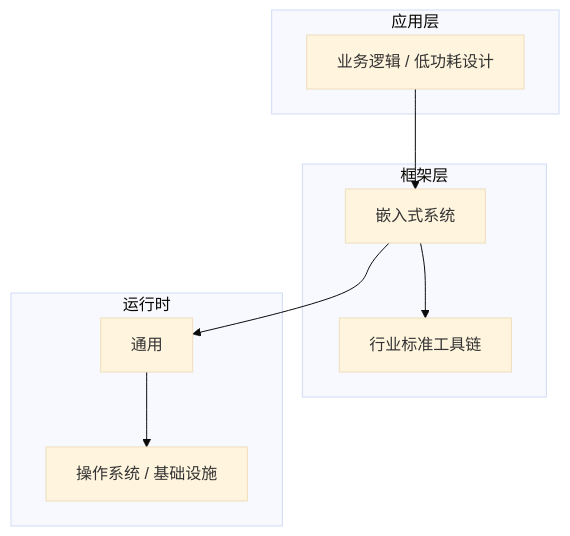
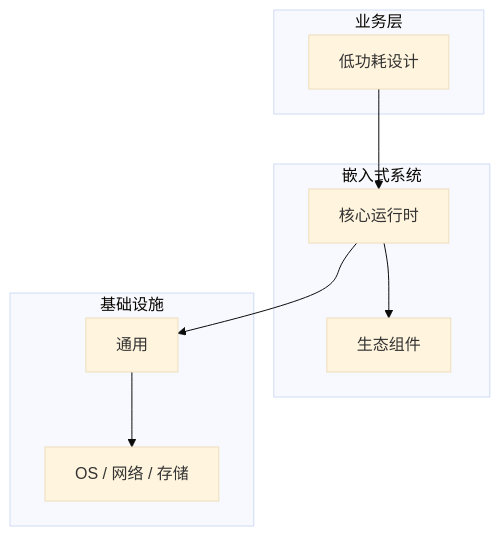
One commit to yanggan2015/knowledge-json-v2 changed the diagram in articles/嵌入式系统/chapters/071-低功耗设计核心概念与原理.md. Above: the diagram before and after it, drawn with Mermaid (base theme). The commit also changed other lines of this file and 10127 other files, not shown here.

````diff
--- a/articles/嵌入式系统/chapters/071-低功耗设计核心概念与原理.md
+++ b/articles/嵌入式系统/chapters/071-低功耗设计核心概念与原理.md
@@ -45,18 +34,18 @@
 ```mermaid
 graph TB
-    subgraph 应用层
-        A[业务逻辑 / 低功耗设计]
+    subgraph 业务层
+        A[低功耗设计]
     end
-    subgraph 框架层
-        B[嵌入式系统]
-        C[行业标准工具链]
+    subgraph 嵌入式系统
+        B[核心运行时]
+        C[生态组件]
     end
-    subgraph 运行时
+    subgraph 基础设施
         D[通用]
-        E[操作系统 / 基础设施]
+        E[OS / 网络 / 存储]
     end
     A --> B
     B --> C
     B --> D
     D --> E
 ```
````
